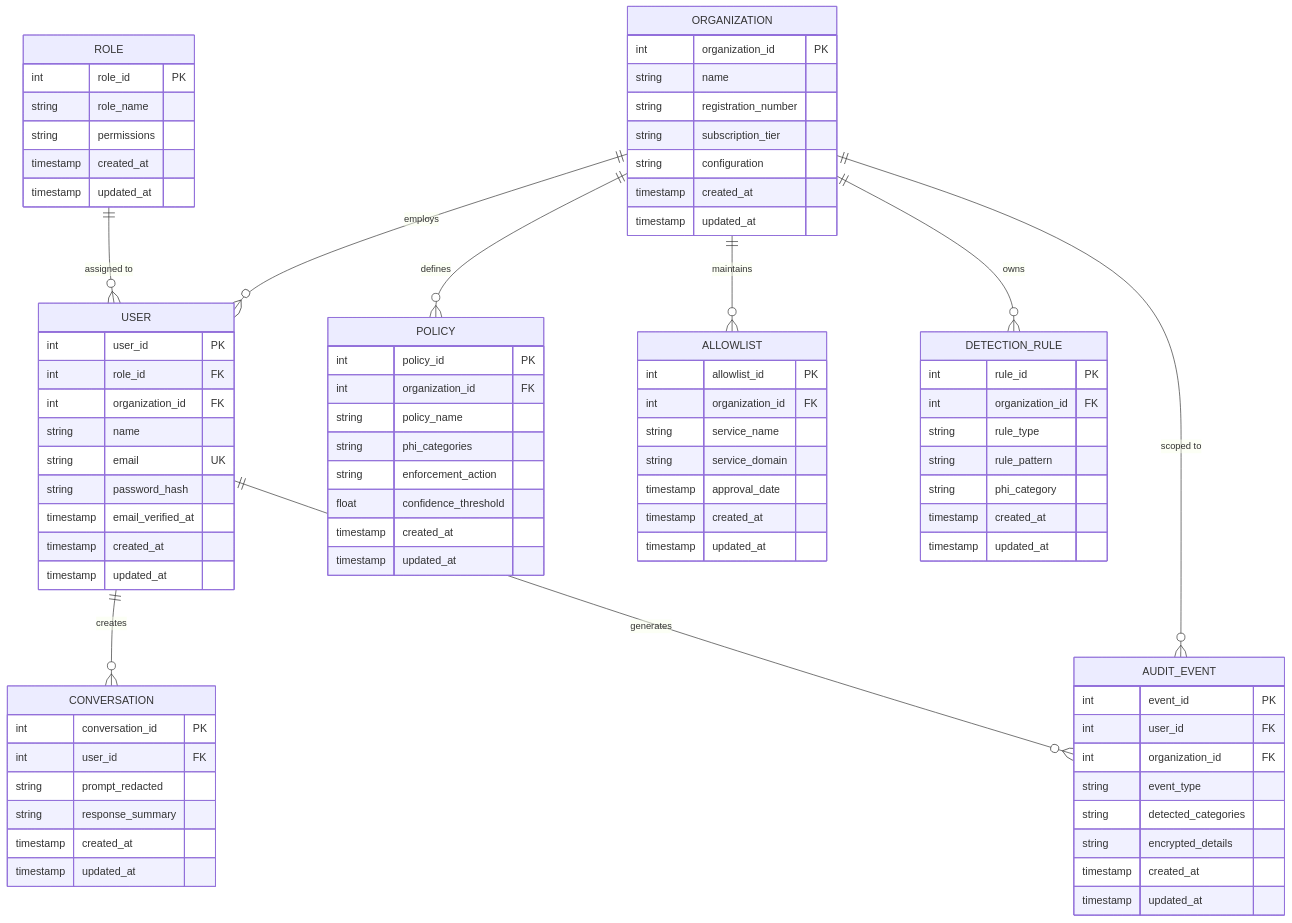
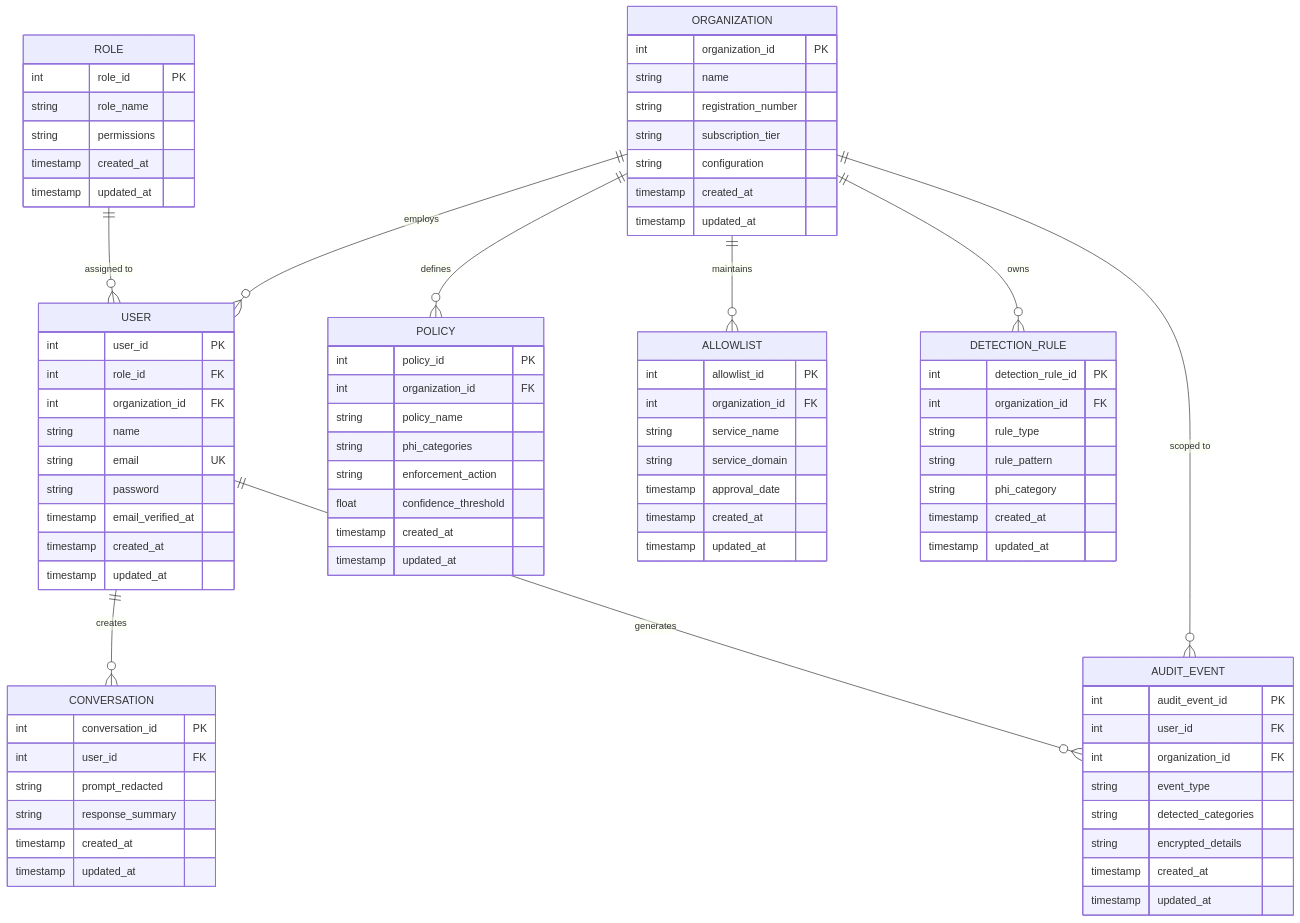
One commit to me12free/clinguard-ai-shield changed the diagram in docs/Diagrams/erd.mmd. Above: the diagram before and after it, drawn with Mermaid. The commit also changed 50 other files, not shown here.

First line of the commit message:
docs: add detailed diagrams and logical schema documentation for ClinGuard

```diff
--- a/docs/Diagrams/erd.mmd
+++ b/docs/Diagrams/erd.mmd
@@ -1,94 +1,93 @@
-%% ClinGuard Entity Relationship Diagram (Design)
-%% Standard ERD: entities = rectangles; attributes with PK/FK; relationships = verb phrases; cardinality = crow's foot.
-%% Notation: ||--o{ one-to-many, }o--|| many-to-one. PK = primary key, FK = foreign key.
+%% ClinGuard Entity Relationship Diagram (OOAD – Design)
+%% PK uses exact entity name (user_id, organization_id, …) to distinguish; DB column is id. FKs = role_id, organization_id, user_id.
 
 erDiagram
   ORGANIZATION ||--o{ USER : "employs"
   ORGANIZATION ||--o{ POLICY : "defines"
   ORGANIZATION ||--o{ ALLOWLIST : "maintains"
   ORGANIZATION ||--o{ DETECTION_RULE : "owns"
   ORGANIZATION ||--o{ AUDIT_EVENT : "scoped to"
   ROLE ||--o{ USER : "assigned to"
   USER ||--o{ CONVERSATION : "creates"
   USER ||--o{ AUDIT_EVENT : "generates"
 
   USER {
     int user_id PK
     int role_id FK
     int organization_id FK
     string name
     string email UK
-    string password_hash
+    string password
     timestamp email_verified_at
     timestamp created_at
     timestamp updated_at
   }
 
   ORGANIZATION {
     int organization_id PK
     string name
     string registration_number
     string subscription_tier
     string configuration
     timestamp created_at
     timestamp updated_at
   }
 
   ROLE {
     int role_id PK
     string role_name
     string permissions
     timestamp created_at
     timestamp updated_at
   }
 
   POLICY {
     int policy_id PK
     int organization_id FK
     string policy_name
     string phi_categories
     string enforcement_action
     float confidence_threshold
     timestamp created_at
     timestamp updated_at
   }
 
   ALLOWLIST {
     int allowlist_id PK
     int organization_id FK
     string service_name
     string service_domain
     timestamp approval_date
     timestamp created_at
     timestamp updated_at
   }
 
   DETECTION_RULE {
-    int rule_id PK
+    int detection_rule_id PK
     int organization_id FK
     string rule_type
     string rule_pattern
     string phi_category
     timestamp created_at
     timestamp updated_at
   }
 
   AUDIT_EVENT {
-    int event_id PK
+    int audit_event_id PK
     int user_id FK
     int organization_id FK
     string event_type
     string detected_categories
     string encrypted_details
     timestamp created_at
     timestamp updated_at
   }
 
   CONVERSATION {
     int conversation_id PK
     int user_id FK
     string prompt_redacted
     string response_summary
     timestamp created_at
     timestamp updated_at
   }
```
